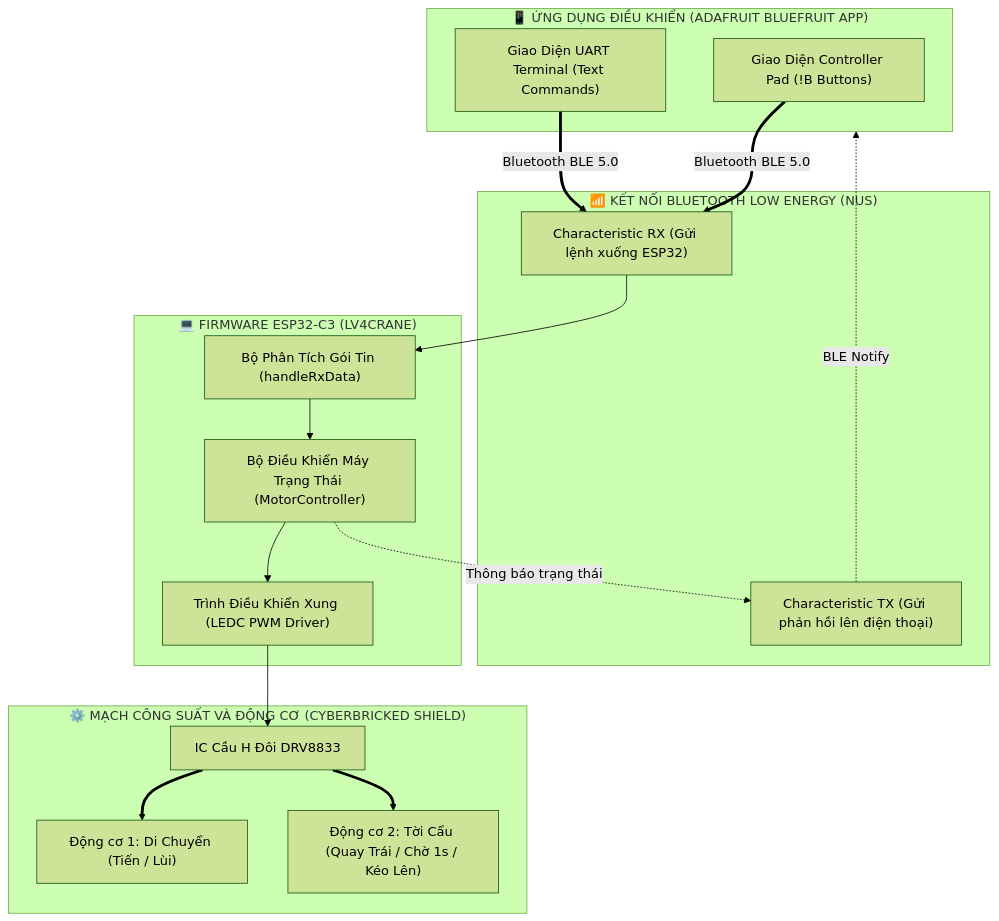
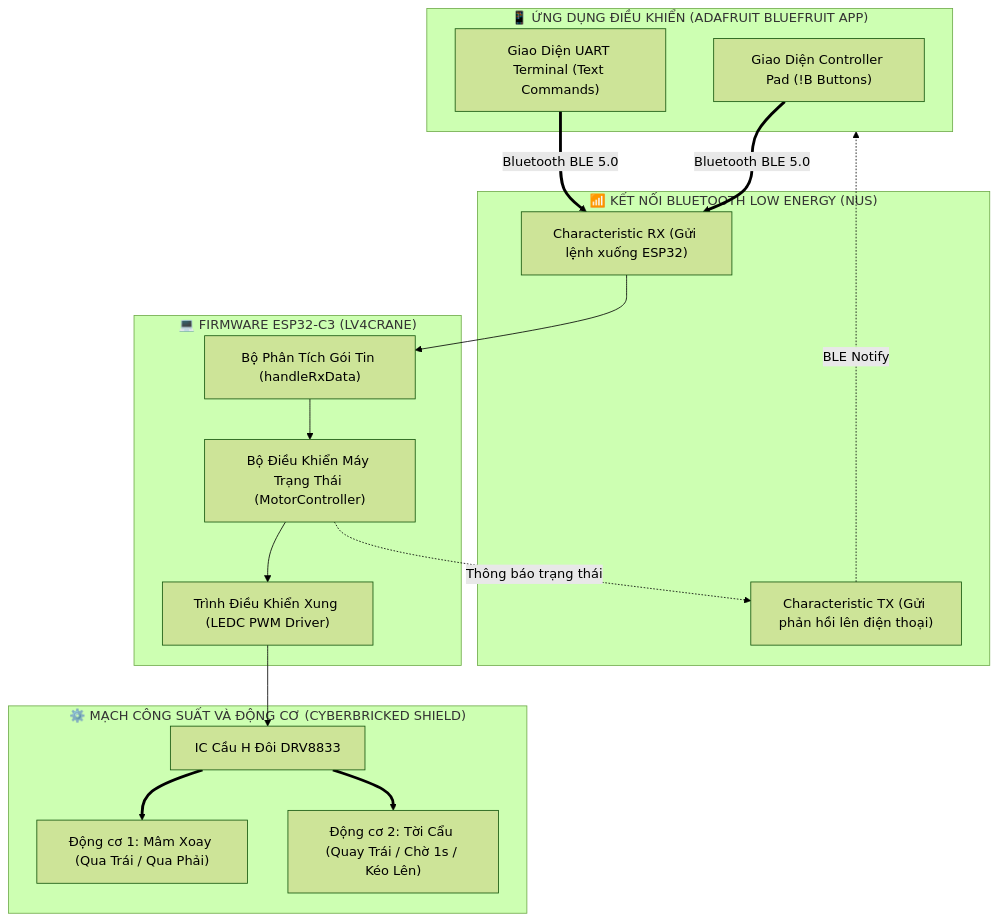
Before and after one commit to Kannoki/c3n4ble2m: the first of 3 diagrams in lv4Crane/README.md, drawn with Mermaid (forest theme). The commit also changed other lines of this file and 3 other files, not shown here.

````diff
--- a/lv4Crane/README.md
+++ b/lv4Crane/README.md
@@ -36,35 +36,35 @@
 ```mermaid
 flowchart TD
     subgraph Client ["📱 ỨNG DỤNG ĐIỀU KHIỂN (ADAFRUIT BLUEFRUIT APP)"]
         PAD["Giao Diện Controller Pad (!B Buttons)"]
         UART["Giao Diện UART Terminal (Text Commands)"]
     end
 
     subgraph BLE_Stack ["📶 KẾT NỐI BLUETOOTH LOW ENERGY (NUS)"]
         RX["Characteristic RX (Gửi lệnh xuống ESP32)"]
         TX["Characteristic TX (Gửi phản hồi lên điện thoại)"]
     end
 
     subgraph Firmware ["💻 FIRMWARE ESP32-C3 (LV4CRANE)"]
         DISPATCHER["Bộ Phân Tích Gói Tin (handleRxData)"]
         CONTROLLER["Bộ Điều Khiển Máy Trạng Thái (MotorController)"]
         PWM_DRIVER["Trình Điều Khiển Xung (LEDC PWM Driver)"]
     end
 
     subgraph Hardware ["⚙️ MẠCH CÔNG SUẤT VÀ ĐỘNG CƠ (CYBERBRICKED SHIELD)"]
         DRV["IC Cầu H Đôi DRV8833"]
-        M1["Động cơ 1: Di Chuyển (Tiến / Lùi)"]
+        M1["Động cơ 1: Mâm Xoay (Qua Trái / Qua Phải)"]
         M2["Động cơ 2: Tời Cẩu (Quay Trái / Chờ 1s / Kéo Lên)"]
     end
 
     PAD & UART ==>|Bluetooth BLE 5.0| RX
     RX --> DISPATCHER
     DISPATCHER --> CONTROLLER
     CONTROLLER --> PWM_DRIVER
     PWM_DRIVER --> DRV
     DRV ==> M1
     DRV ==> M2
 
     CONTROLLER -.->|Thông báo trạng thái| TX
     TX -.->|BLE Notify| Client
 ```
````
